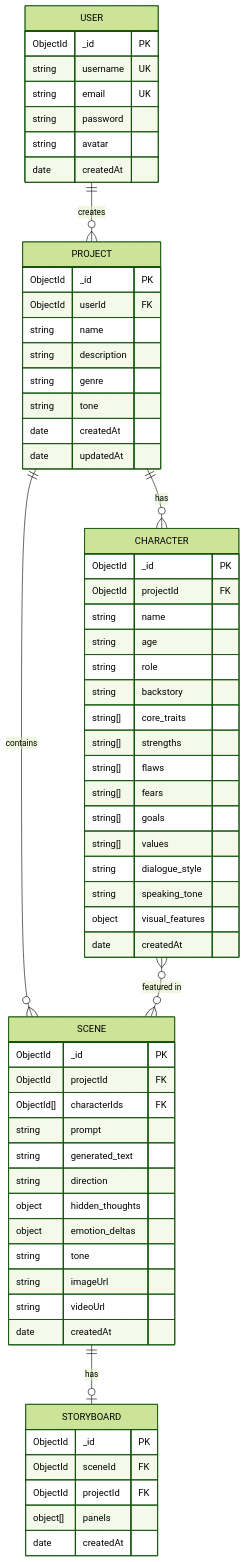
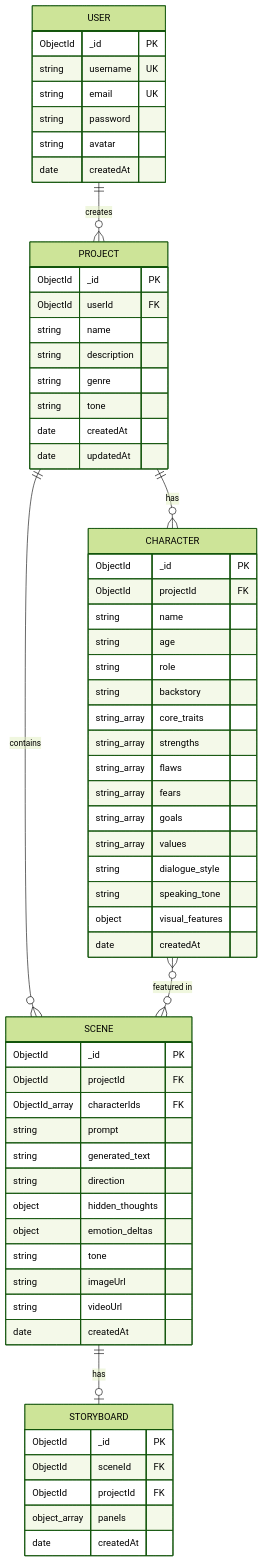
The eighth of 8 diagrams in README.md (Aryansinha123/Manomaya), drawn with Mermaid (forest theme) before and after one commit. The commit also changed other lines of this file, not shown here.

````diff
--- a/README.md
+++ b/README.md
@@ -455,70 +458,70 @@
 ```mermaid
 erDiagram
     USER {
         ObjectId _id PK
         string username UK
         string email UK
         string password
         string avatar
         date createdAt
     }
 
     PROJECT {
         ObjectId _id PK
         ObjectId userId FK
         string name
         string description
         string genre
         string tone
         date createdAt
         date updatedAt
     }
 
     CHARACTER {
         ObjectId _id PK
         ObjectId projectId FK
         string name
         string age
         string role
         string backstory
-        string[] core_traits
-        string[] strengths
-        string[] flaws
-        string[] fears
-        string[] goals
-        string[] values
+        string_array core_traits
+        string_array strengths
+        string_array flaws
+        string_array fears
+        string_array goals
+        string_array values
         string dialogue_style
         string speaking_tone
         object visual_features
         date createdAt
     }
 
     SCENE {
         ObjectId _id PK
         ObjectId projectId FK
-        ObjectId[] characterIds FK
+        ObjectId_array characterIds FK
         string prompt
         string generated_text
         string direction
         object hidden_thoughts
         object emotion_deltas
         string tone
         string imageUrl
         string videoUrl
         date createdAt
     }
 
     STORYBOARD {
         ObjectId _id PK
         ObjectId sceneId FK
         ObjectId projectId FK
-        object[] panels
+        object_array panels
         date createdAt
     }
 
     USER ||--o{ PROJECT : "creates"
     PROJECT ||--o{ CHARACTER : "has"
     PROJECT ||--o{ SCENE : "contains"
     SCENE ||--o| STORYBOARD : "has"
     CHARACTER }o--o{ SCENE : "featured in"
 ```
````
